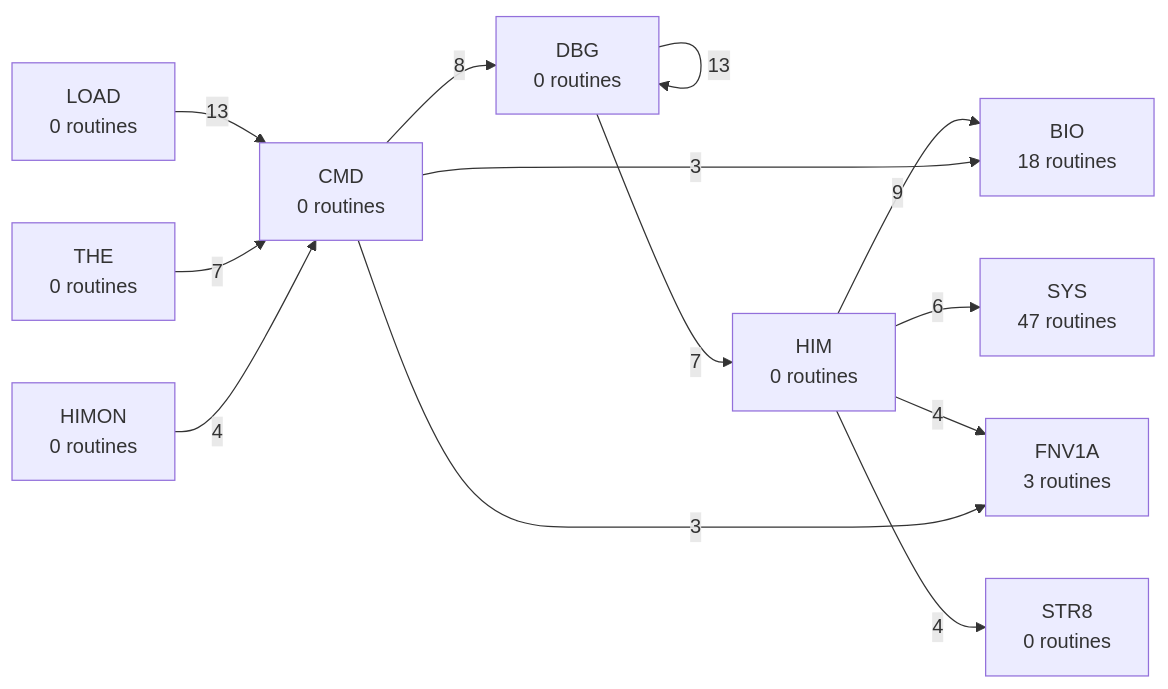
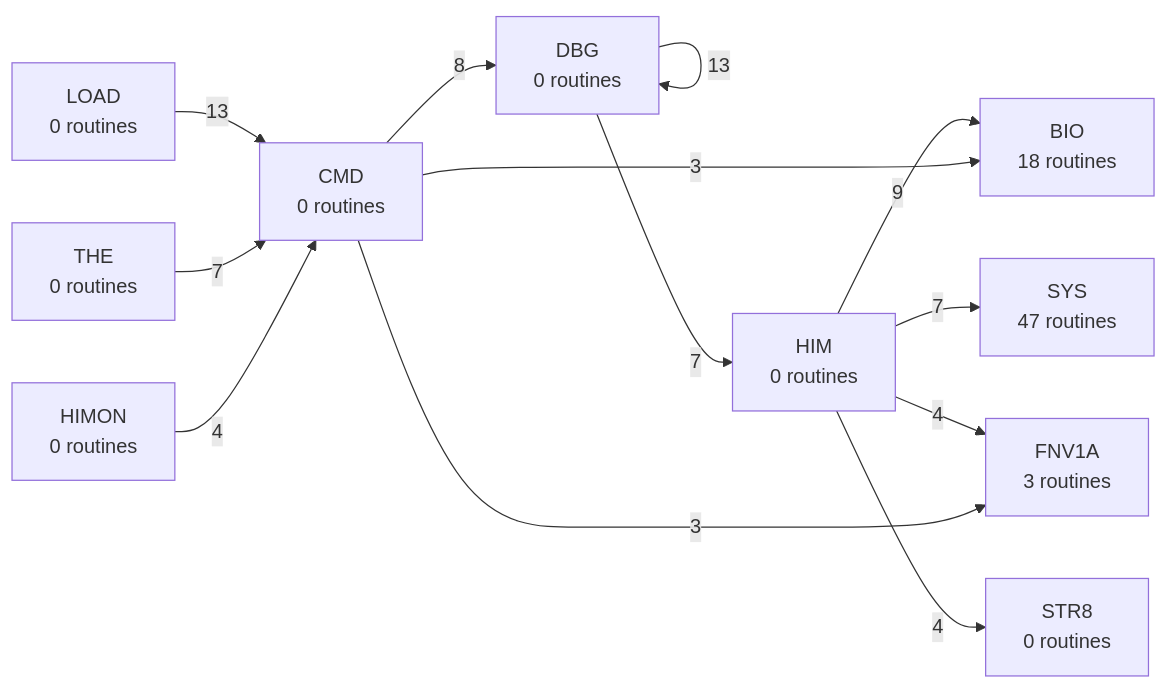
Before and after one commit to 95westus/R-YORS: the third of 7 diagrams in DOC/GENERATED/ROUTINE_PREFIX_MAP.md, drawn with Mermaid. The commit also changed other lines of this file and 29 other files, not shown here.

````diff
--- a/DOC/GENERATED/ROUTINE_PREFIX_MAP.md
+++ b/DOC/GENERATED/ROUTINE_PREFIX_MAP.md
@@ -46,15 +46,15 @@
 ```mermaid
 flowchart LR
     P_DBG["DBG<br/>0 routines"] -->|13| P_DBG["DBG<br/>0 routines"]
     P_LOAD["LOAD<br/>0 routines"] -->|13| P_CMD["CMD<br/>0 routines"]
     P_HIM["HIM<br/>0 routines"] -->|9| P_BIO["BIO<br/>18 routines"]
     P_CMD["CMD<br/>0 routines"] -->|8| P_DBG["DBG<br/>0 routines"]
     P_DBG["DBG<br/>0 routines"] -->|7| P_HIM["HIM<br/>0 routines"]
+    P_HIM["HIM<br/>0 routines"] -->|7| P_SYS["SYS<br/>47 routines"]
     P_THE["THE<br/>0 routines"] -->|7| P_CMD["CMD<br/>0 routines"]
-    P_HIM["HIM<br/>0 routines"] -->|6| P_SYS["SYS<br/>47 routines"]
     P_HIM["HIM<br/>0 routines"] -->|4| P_FNV1A["FNV1A<br/>3 routines"]
     P_HIM["HIM<br/>0 routines"] -->|4| P_STR8["STR8<br/>0 routines"]
     P_HIMON["HIMON<br/>0 routines"] -->|4| P_CMD["CMD<br/>0 routines"]
     P_CMD["CMD<br/>0 routines"] -->|3| P_BIO["BIO<br/>18 routines"]
     P_CMD["CMD<br/>0 routines"] -->|3| P_FNV1A["FNV1A<br/>3 routines"]
 ```
````
